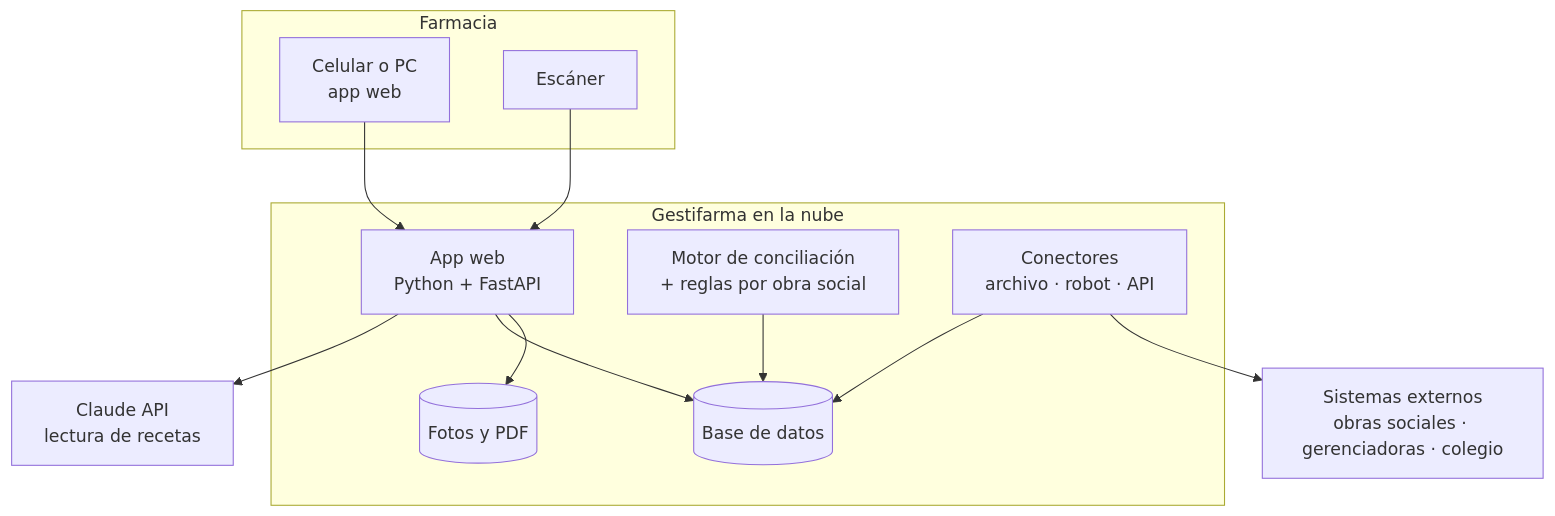
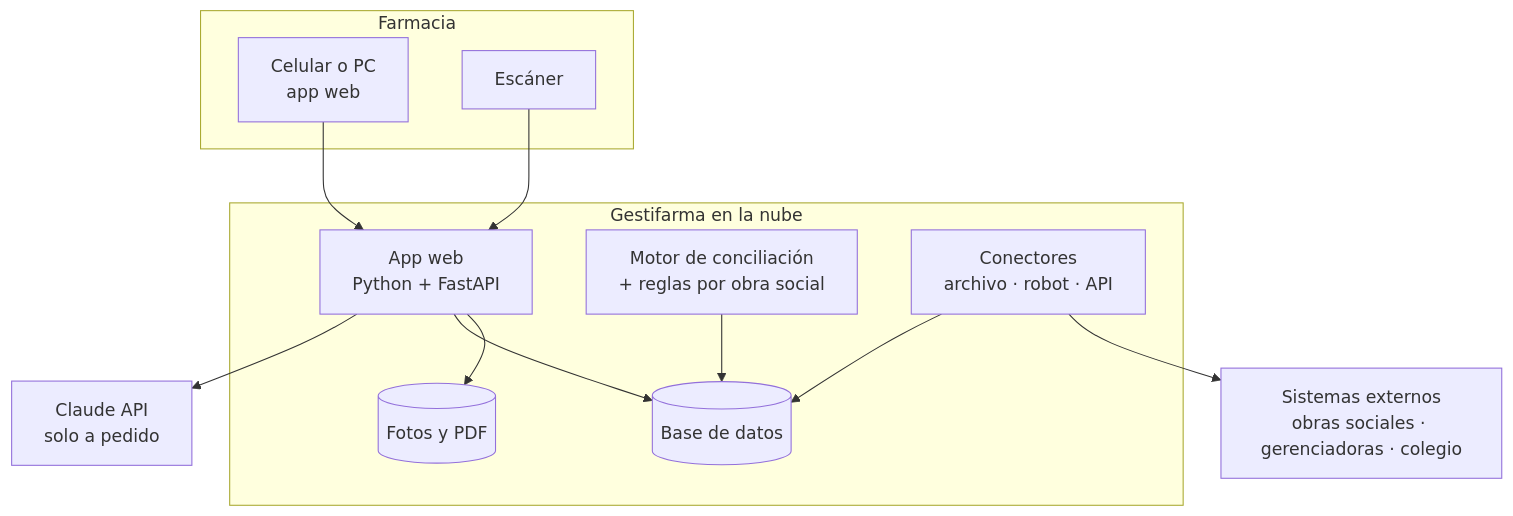
The second of 2 diagrams in gestifarma/docs/propuesta.md (Esteban-Arteaga/script-utiles-), drawn with Mermaid before and after one commit. The commit also changed other lines of this file and 30 other files, not shown here.

````diff
--- a/gestifarma/docs/propuesta.md
+++ b/gestifarma/docs/propuesta.md
@@ -63,25 +64,25 @@
 ```mermaid
 flowchart TB
     subgraph Farmacia
         cel[Celular o PC<br/>app web]
         esc[Escáner]
     end
     subgraph Nube[Gestifarma en la nube]
         web[App web<br/>Python + FastAPI]
         motor[Motor de conciliación<br/>+ reglas por obra social]
         con[Conectores<br/>archivo · robot · API]
         db[(Base de datos)]
         img[(Fotos y PDF)]
     end
-    ia[Claude API<br/>lectura de recetas]
+    ia[Claude API<br/>solo a pedido]
     sis[Sistemas externos<br/>obras sociales · gerenciadoras · colegio]
 
     cel --> web
     esc --> web
     web --> img
     web --> db
     web --> ia
     motor --> db
     con --> sis
     con --> db
 ```
````
